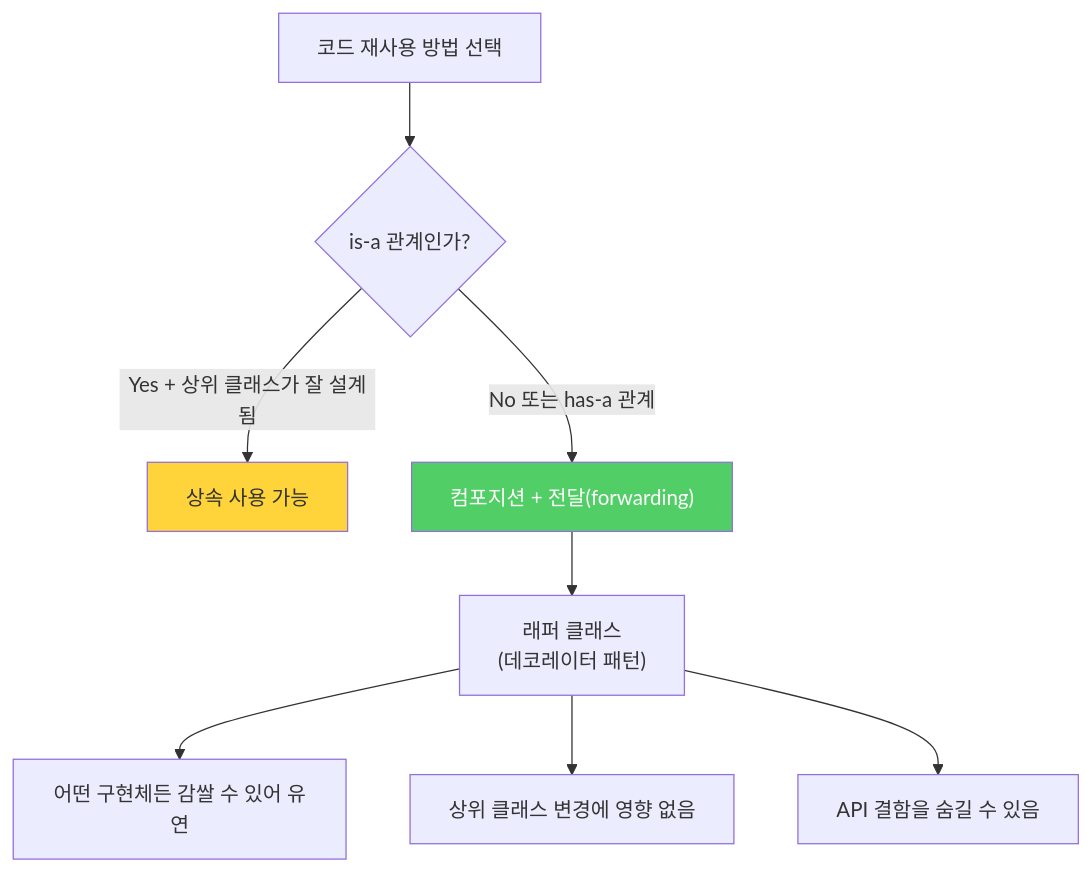
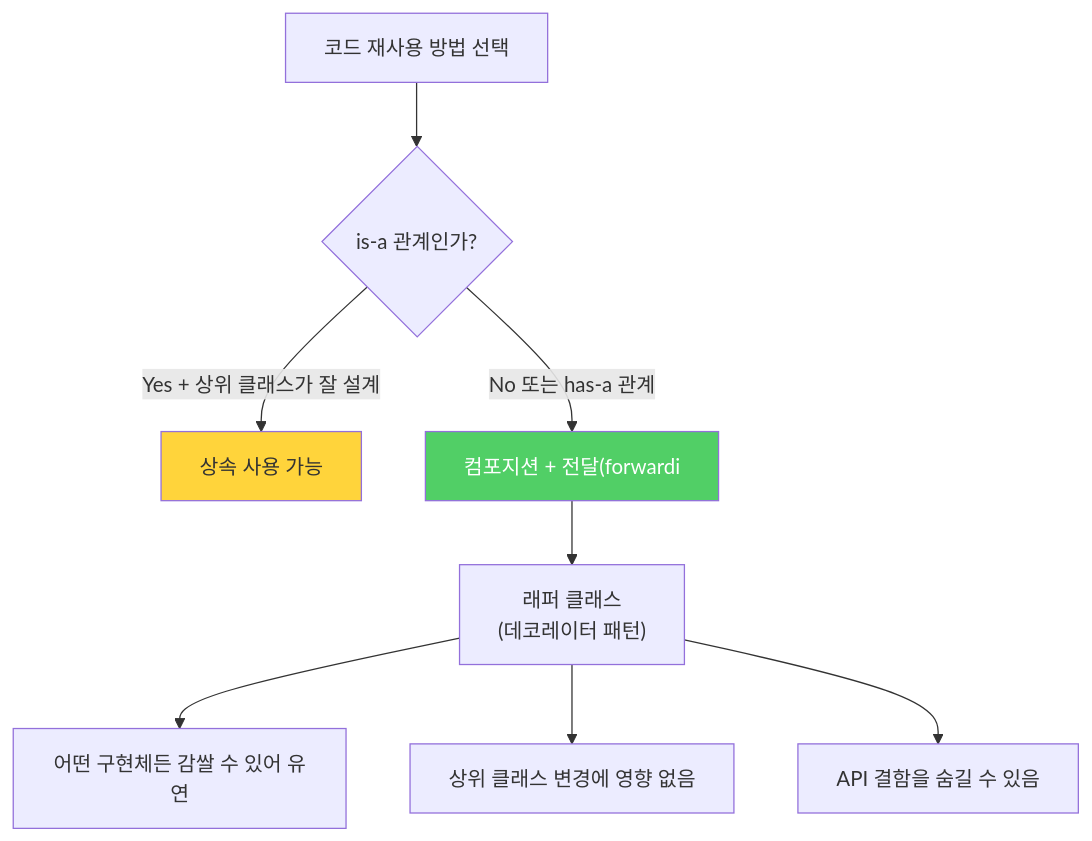
One commit to yjkim2015/yjkim2015.github.io changed the fourth of 4 diagrams in _posts/java/2022-01-03-effective-java18.md. Above: the diagram before and after it, drawn with Mermaid. The commit also changed other lines of this file and 271 other files, not shown here.

First line of the commit message:
Mermaid 라벨 축소: 긴 노드 텍스트 18자 이하로 트림 + \n 제거

````diff
--- a/_posts/java/2022-01-03-effective-java18.md
+++ b/_posts/java/2022-01-03-effective-java18.md
@@ -228,12 +228,12 @@
 ```mermaid
 graph TD
     A["코드 재사용 방법 선택"] --> B{"is-a 관계인가?"}
-    B -->|"Yes + 상위 클래스가 잘 설계됨"| C["상속 사용 가능"]
-    B -->|"No 또는 has-a 관계"| D["컴포지션 + 전달(forwarding)"]
+    B -->|"Yes + 상위 클래스가 잘 설계"| C["상속 사용 가능"]
+    B -->|"No 또는 has-a 관계"| D["컴포지션 + 전달(forwardi"]
     D --> E["래퍼 클래스\n(데코레이터 패턴)"]
     E --> E1["어떤 구현체든 감쌀 수 있어 유연"]
     E --> E2["상위 클래스 변경에 영향 없음"]
     E --> E3["API 결함을 숨길 수 있음"]
     style D fill:#51cf66,color:#fff
     style C fill:#ffd43b
 ```
````
